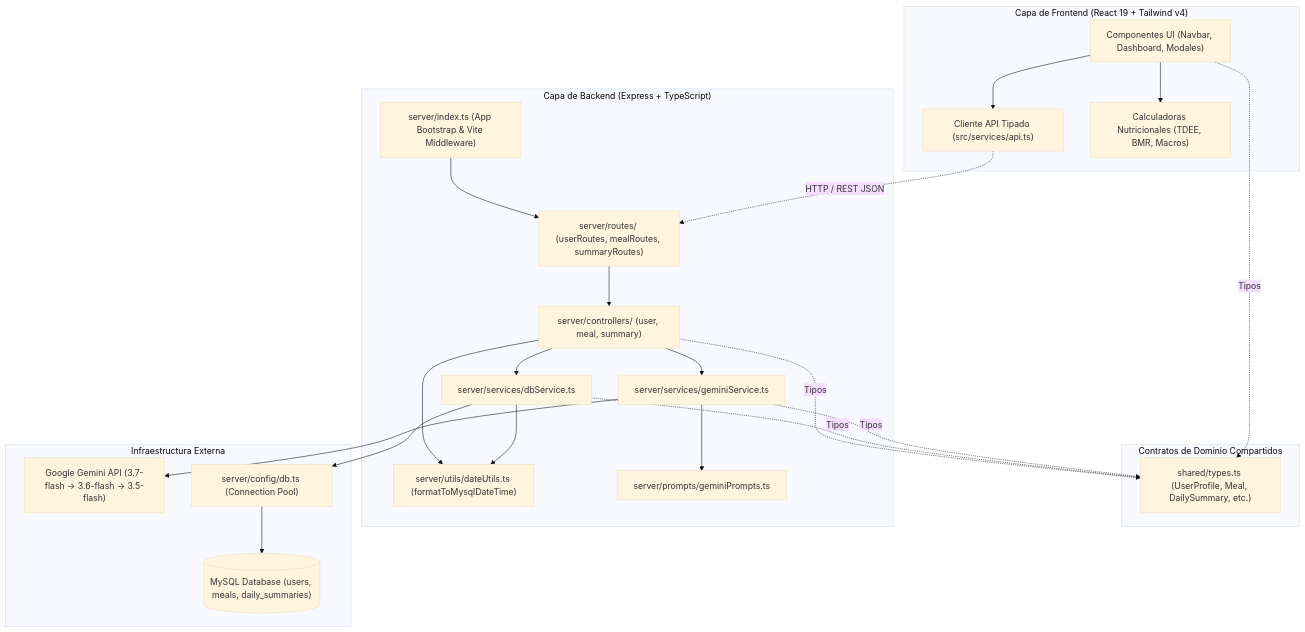
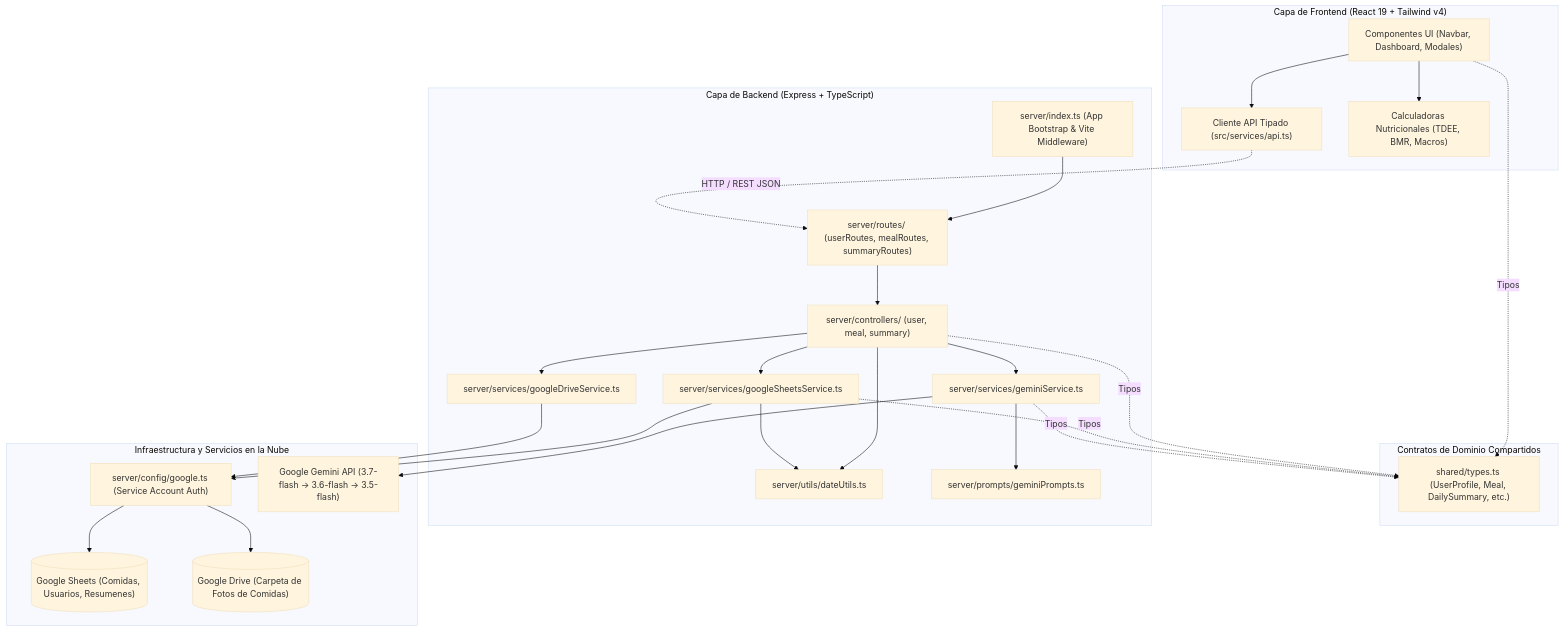
Before and after one commit to FascorChristian/calorie_tracker: the first of 3 diagrams in ARCHITECTURE.md, drawn with Mermaid (base theme). The commit also changed other lines of this file and 17 other files, not shown here.

Commit message:
feat: migracion a Google Sheets y Google Drive via Apps Script sin GCP

````diff
--- a/ARCHITECTURE.md
+++ b/ARCHITECTURE.md
@@ -22,48 +25,53 @@
 ```mermaid
 graph TD
     subgraph Frontend ["Capa de Frontend (React 19 + Tailwind v4)"]
         UI_Components["Componentes UI (Navbar, Dashboard, Modales)"]
         API_Client["Cliente API Tipado (src/services/api.ts)"]
         Nutri_Calc["Calculadoras Nutricionales (TDEE, BMR, Macros)"]
         UI_Components --> API_Client
         UI_Components --> Nutri_Calc
     end
 
     subgraph Contracts ["Contratos de Dominio Compartidos"]
         Shared_Types["shared/types.ts (UserProfile, Meal, DailySummary, etc.)"]
     end
 
     subgraph Backend ["Capa de Backend (Express + TypeScript)"]
         Server_Entry["server/index.ts (App Bootstrap & Vite Middleware)"]
         Routes["server/routes/ (userRoutes, mealRoutes, summaryRoutes)"]
         Controllers["server/controllers/ (user, meal, summary)"]
-        Date_Utils["server/utils/dateUtils.ts (formatToMysqlDateTime)"]
-        DB_Service["server/services/dbService.ts"]
+        Date_Utils["server/utils/dateUtils.ts"]
+        Sheets_Service["server/services/googleSheetsService.ts"]
+        Drive_Service["server/services/googleDriveService.ts"]
         Gemini_Service["server/services/geminiService.ts"]
         Prompts["server/prompts/geminiPrompts.ts"]
 
         Server_Entry --> Routes
         Routes --> Controllers
-        Controllers --> DB_Service
+        Controllers --> Sheets_Service
+        Controllers --> Drive_Service
         Controllers --> Gemini_Service
         Controllers --> Date_Utils
         Gemini_Service --> Prompts
-        DB_Service --> Date_Utils
+        Sheets_Service --> Date_Utils
     end
 
-    subgraph External_Storage ["Infraestructura Externa"]
-        MySQL_DB[("MySQL Database (users, meals, daily_summaries)")]
+    subgraph External_Cloud ["Infraestructura y Servicios en la Nube"]
+        Google_Sheets[("Google Sheets (Comidas, Usuarios, Resumenes)")]
+        Google_Drive[("Google Drive (Carpeta de Fotos de Comidas)")]
+        Google_Auth["server/config/google.ts (Service Account Auth)"]
         Gemini_API["Google Gemini API (3.7-flash -> 3.6-flash -> 3.5-flash)"]
-        DB_Pool["server/config/db.ts (Connection Pool)"]
         
-        DB_Service --> DB_Pool
-        DB_Pool --> MySQL_DB
+        Sheets_Service --> Google_Auth
+        Drive_Service --> Google_Auth
+        Google_Auth --> Google_Sheets
+        Google_Auth --> Google_Drive
         Gemini_Service --> Gemini_API
     end
 
     API_Client -.->|HTTP / REST JSON| Routes
     UI_Components -.->|Tipos| Shared_Types
     Controllers -.->|Tipos| Shared_Types
-    DB_Service -.->|Tipos| Shared_Types
+    Sheets_Service -.->|Tipos| Shared_Types
     Gemini_Service -.->|Tipos| Shared_Types
 ```
````
